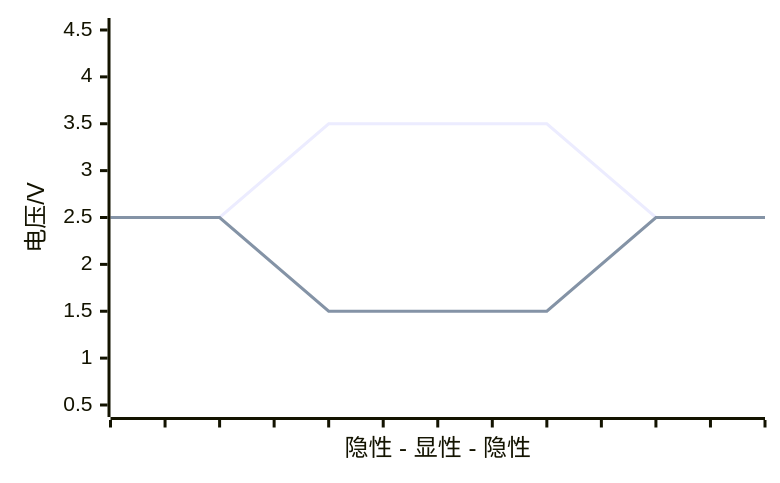
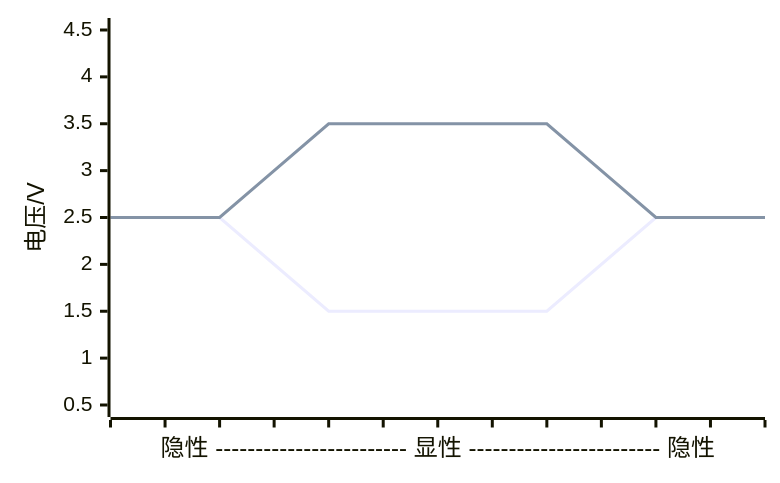
One commit to Linho1219/LinhoNotes changed the third of 4 diagrams in 竞赛相关/中科大RM电控/3.1 CAN通信.md. Above: the diagram before and after it, drawn with Mermaid. The commit also changed 1 other file, not shown here.

Commit message:
correct some errors

````diff
--- a/竞赛相关/中科大RM电控/3.1 CAN通信.md
+++ b/竞赛相关/中科大RM电控/3.1 CAN通信.md
@@ -469,15 +469,15 @@
 ```mermaid
 ---
 config:
     xyChart:
         width: 500
         height: 300
         xAxis:
             showLabel: false
 ---
 xychart-beta
-	x-axis "隐性 - 显性 - 隐性"
+	x-axis "隐性 ------------------------ 显性 ------------------------ 隐性"
 	y-axis "电压/V" 0.5 --> 4.5
+    line [2.5,2.5,1.5,1.5,1.5,2.5,2.5]
     line [2.5,2.5,3.5,3.5,3.5,2.5,2.5]
-    line [2.5,2.5,1.5,1.5,1.5,2.5,2.5]
 ```
````
